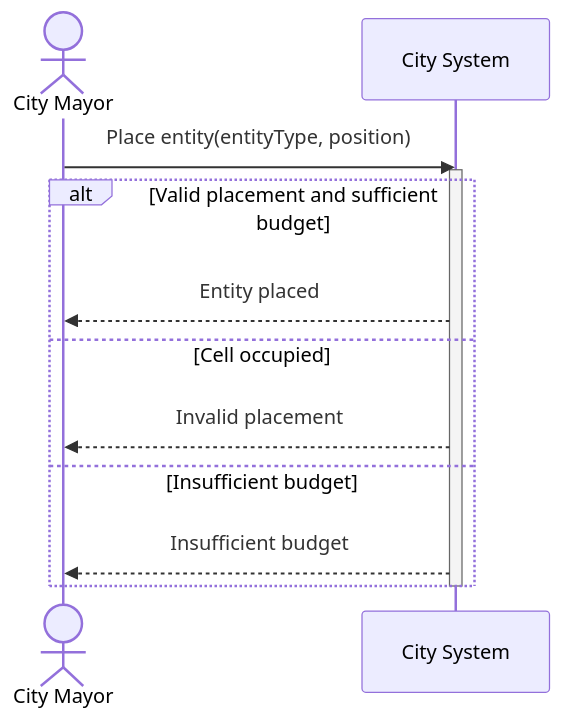
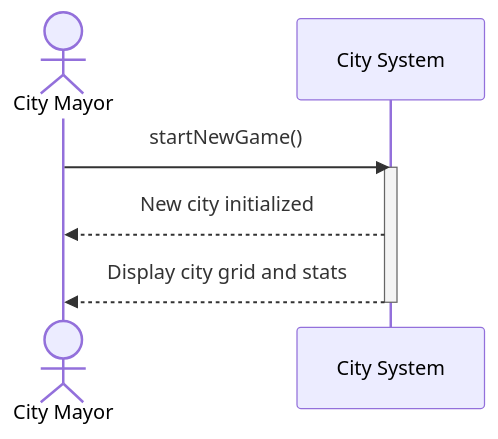
Before and after one commit to andreatoson3-netizen/Amatriciana: the diagram in docs/ssd-initialize-city.md, drawn with Mermaid.

````diff
--- a/docs/ssd-initialize-city.md
+++ b/docs/ssd-initialize-city.md
@@ -1,18 +1,13 @@
 ```mermaid
 sequenceDiagram
     actor Mayor as City Mayor
     participant System as City System
 
-    Mayor->>System: Place entity(entityType, position)
+    Mayor->>System: startNewGame()
     activate System
 
-    alt Valid placement and sufficient budget
-        System-->>Mayor: Entity placed
-    else Cell occupied
-        System-->>Mayor: Invalid placement
-    else Insufficient budget
-        System-->>Mayor: Insufficient budget
-    end
+    System-->>Mayor: New city initialized
+    System-->>Mayor: Display city grid and stats
 
     deactivate System
 ```
````
